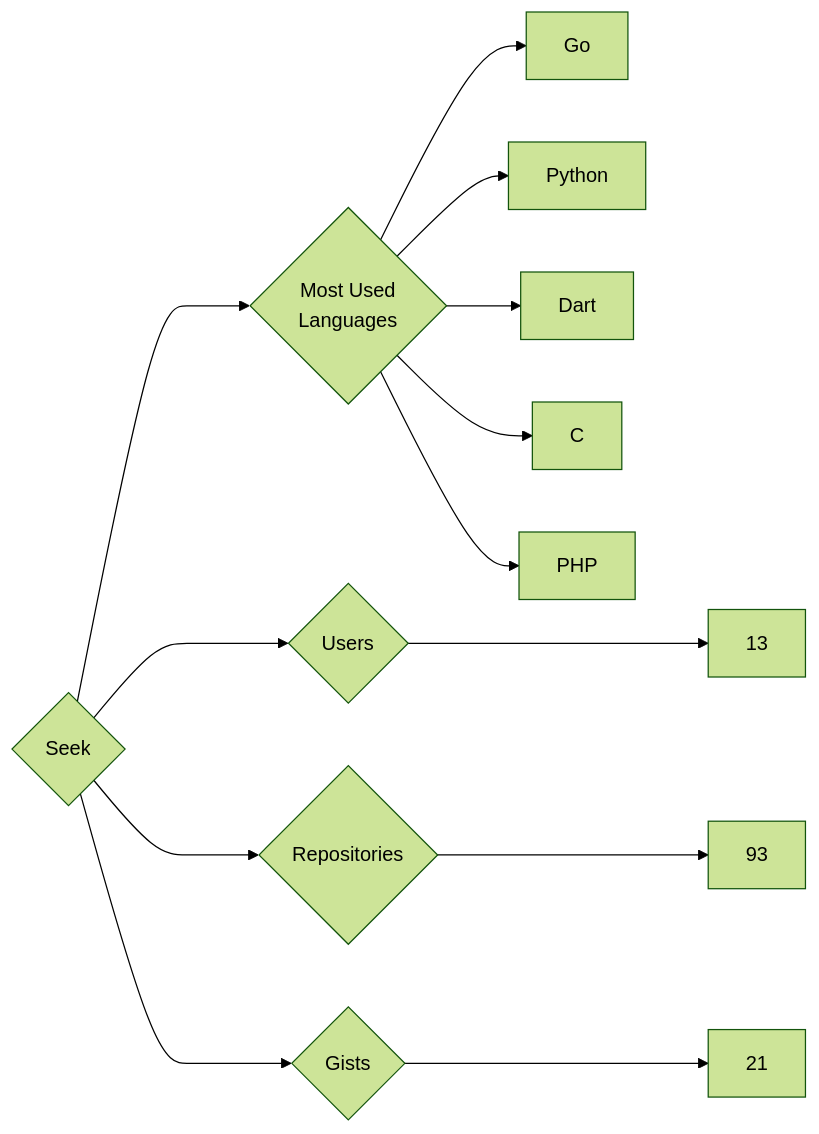
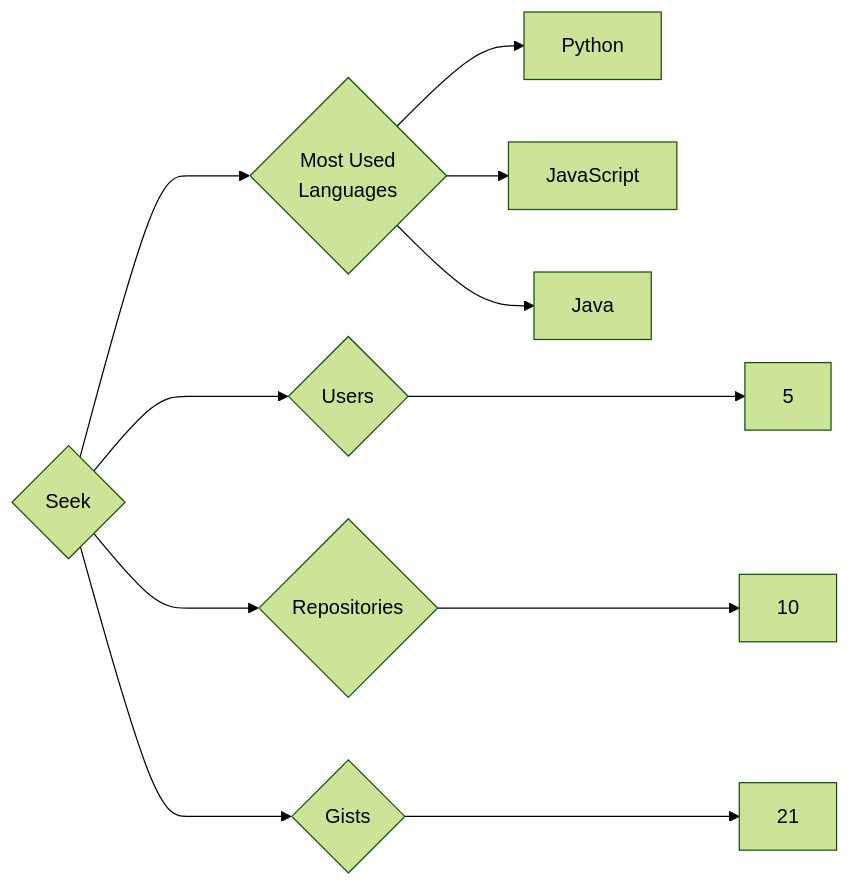
The diagram in targets/Seek/README.md (trickest/insiders), drawn with Mermaid (forest theme) before and after one commit. The commit also changed 1484 other files, not shown here.

````diff
--- a/targets/Seek/README.md
+++ b/targets/Seek/README.md
@@ -3,13 +3,11 @@
 ```mermaid
 graph LR
 COMPANY_NAME{Seek}
-COMPANY_NAME ---> U{Users} ---> UN[13]
-COMPANY_NAME ---> R{Repositories} ---> RN[93]
+COMPANY_NAME ---> U{Users} ---> UN[5]
+COMPANY_NAME ---> R{Repositories} ---> RN[10]
 COMPANY_NAME ---> G{Gists} ---> GN[21]
 COMPANY_NAME ---> ML{Most Used<br>Languages}
-ML --> Go[Go]
 ML --> Python[Python]
-ML --> Dart[Dart]
-ML --> C[C]
-ML --> PHP[PHP]
+ML --> JavaScript[JavaScript]
+ML --> Java[Java]
 ```
````
